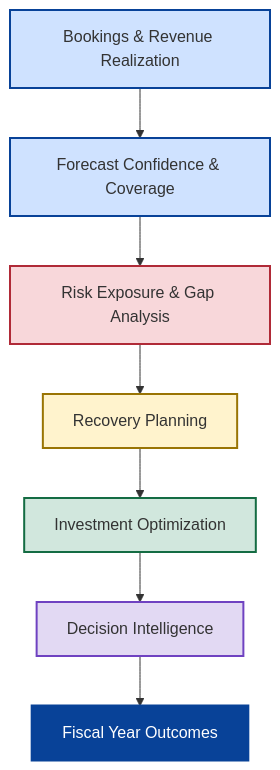
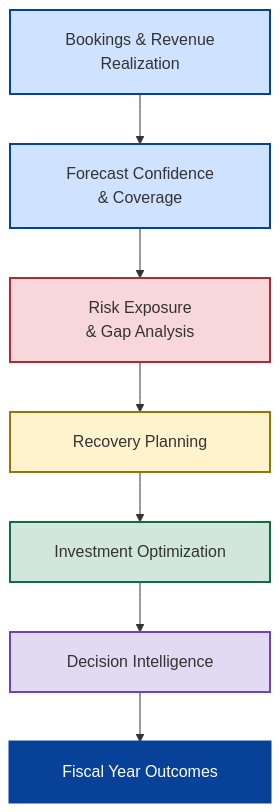
One commit to AwesomeAnil/newbridge-saas-operating-system changed the second of 4 diagrams in README.md. Above: the diagram before and after it, drawn with Mermaid. The commit also changed other lines of this file, not shown here.

````diff
--- a/README.md
+++ b/README.md
@@ -132,31 +116,19 @@
 ```mermaid
 flowchart TD
 
-A["Bookings & Revenue Realization"]
+    A["<table><tr><td width='350' align='center'>Bookings & Revenue<br/>Realization</td></tr></table>"] --> B["<table><tr><td width='350' align='center'>Forecast Confidence<br/>& Coverage</td></tr></table>"]
+    B --> C["<table><tr><td width='350' align='center'>Risk Exposure<br/>& Gap Analysis</td></tr></table>"]
+    C --> D["<table><tr><td width='350' align='center'>Recovery Planning</td></tr></table>"]
+    D --> E["<table><tr><td width='350' align='center'>Investment Optimization</td></tr></table>"]
+    E --> F["<table><tr><td width='350' align='center'>Decision Intelligence</td></tr></table>"]
+    F --> G["<table><tr><td width='350' align='center'>Fiscal Year Outcomes</td></tr></table>"]
 
---> B["Forecast Confidence & Coverage"]
-
---> C["Risk Exposure & Gap Analysis"]
-
---> D["Recovery Planning"]
-
---> E["Investment Optimization"]
-
---> F["Decision Intelligence"]
-
---> G["Fiscal Year Outcomes"]
-
-style A fill:#cfe2ff,stroke:#084298,stroke-width:2px
-
-style B fill:#cfe2ff,stroke:#084298,stroke-width:2px
-
-style C fill:#f8d7da,stroke:#b02a37,stroke-width:2px
-
-style D fill:#fff3cd,stroke:#997404,stroke-width:2px
-
-style E fill:#d1e7dd,stroke:#146c43,stroke-width:2px
-
-style F fill:#e2d9f3,stroke:#6f42c1,stroke-width:2px
-
-style G fill:#084298,color:#ffffff,stroke:#084298,stroke-width:3px
+    %% Individual Node Color Overrides
+    style A fill:#cfe2ff,stroke:#084298,stroke-width:2px
+    style B fill:#cfe2ff,stroke:#084298,stroke-width:2px
+    style C fill:#f8d7da,stroke:#b02a37,stroke-width:2px
+    style D fill:#fff3cd,stroke:#997404,stroke-width:2px
+    style E fill:#d1e7dd,stroke:#146c43,stroke-width:2px
+    style F fill:#e2d9f3,stroke:#6f42c1,stroke-width:2px
+    style G fill:#084298,color:#ffffff, stroke:#084298,stroke-width:3px
 ```
````
